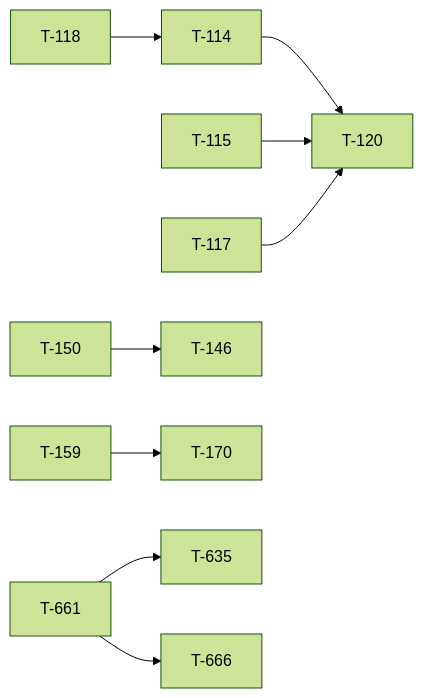
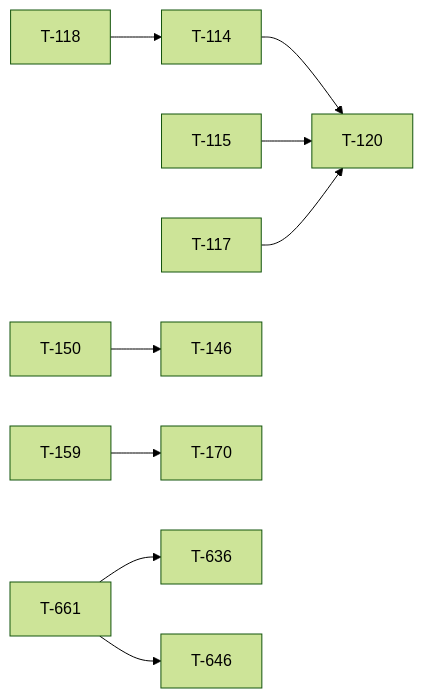
One commit to darkforce09/TBD-reforger changed the diagram in docs/TICKET_LEAD.md. Above: the diagram before and after it, drawn with Mermaid (forest theme). The commit also changed other lines of this file and 8 other files, not shown here.

````diff
--- a/docs/TICKET_LEAD.md
+++ b/docs/TICKET_LEAD.md
@@ -28,11 +28,11 @@
 ```mermaid
 flowchart LR
   T118[T-118] --> T114[T-114]
   T114[T-114] --> T120[T-120]
   T115[T-115] --> T120[T-120]
   T117[T-117] --> T120[T-120]
   T150[T-150] --> T146[T-146]
   T159[T-159] --> T170[T-170]
-  T661[T-661] --> T635[T-635]
-  T661[T-661] --> T666[T-666]
+  T661[T-661] --> T636[T-636]
+  T661[T-661] --> T646[T-646]
 ```
````
